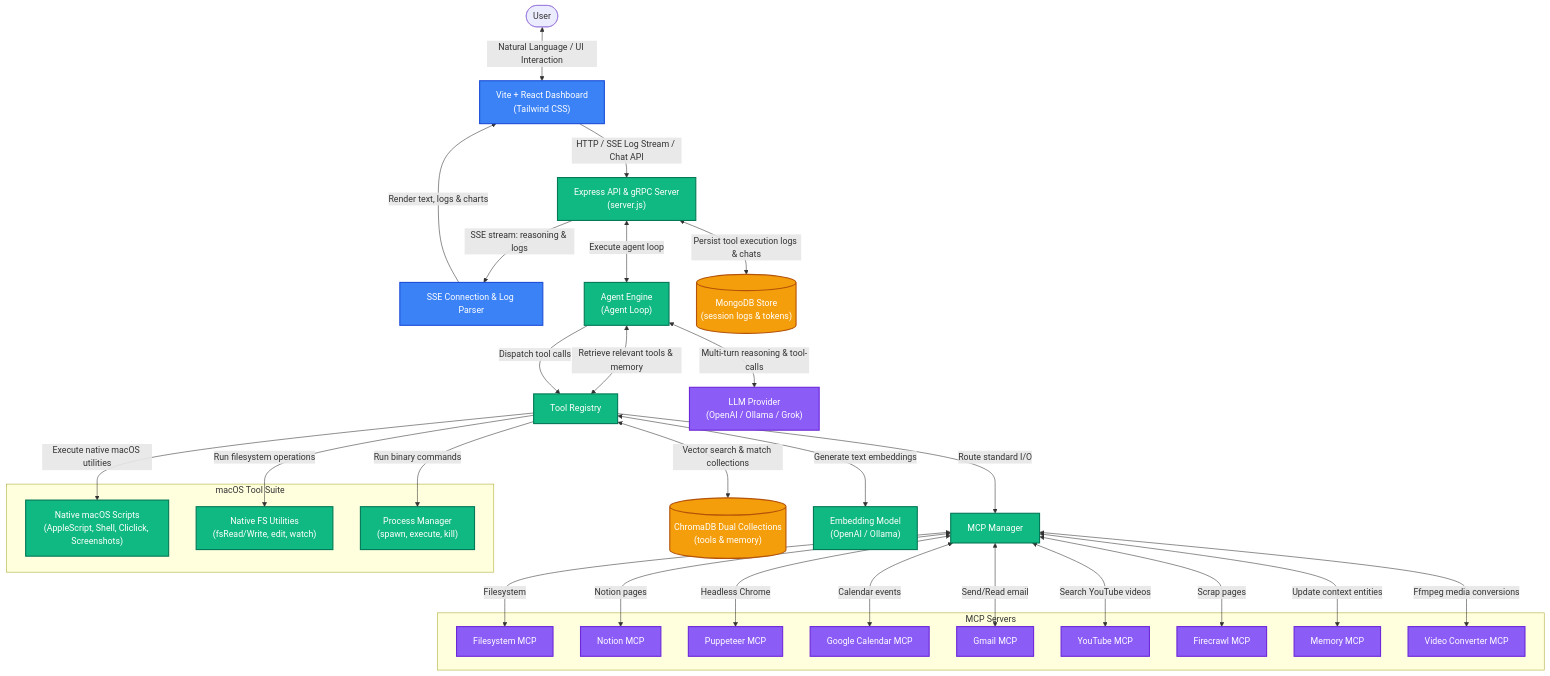
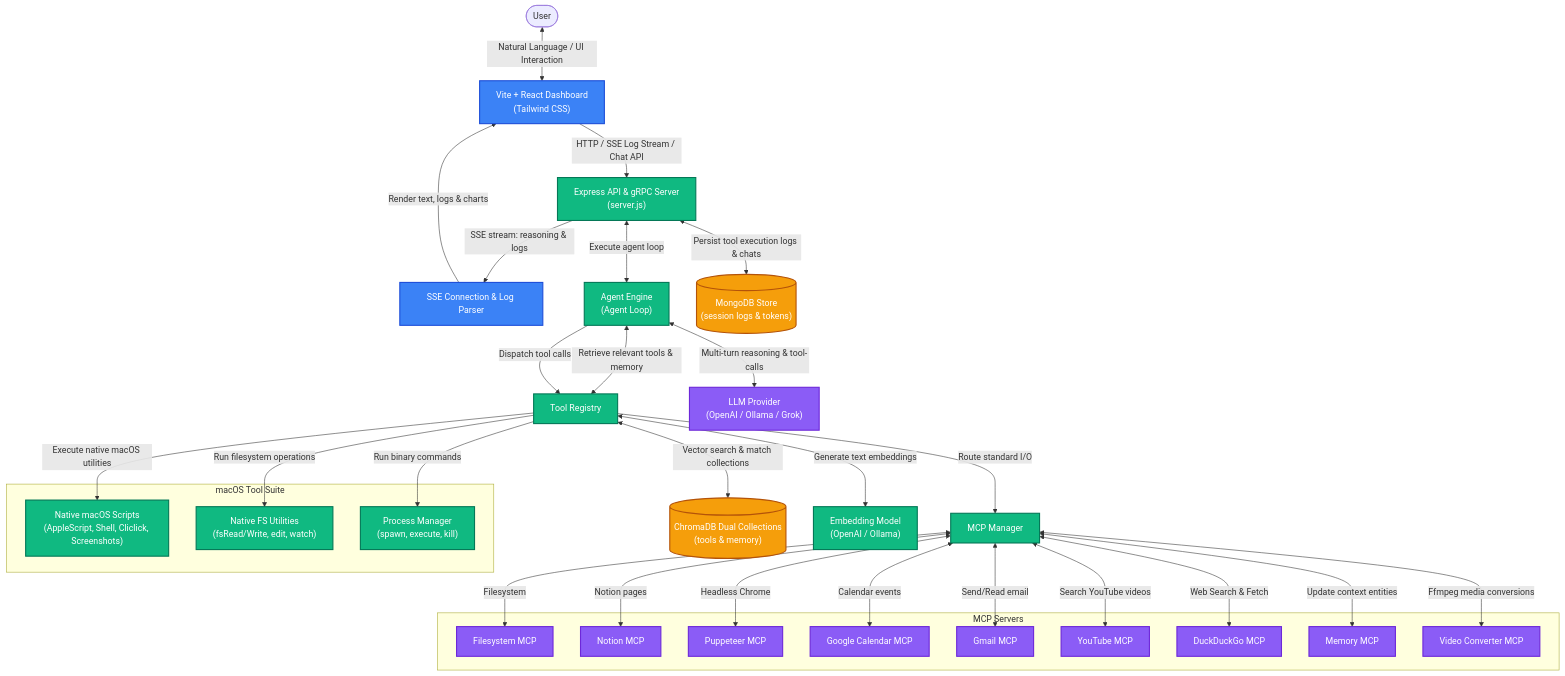
One commit to krishnakanthpathi/PersonalAssistant changed the diagram in README.md. Above: the diagram before and after it, drawn with Mermaid. The commit also changed other lines of this file and 32 other files, not shown here.

````diff
--- a/README.md
+++ b/README.md
@@ -11,72 +11,72 @@
 ```mermaid
 graph TD
     %% Styling
     classDef frontend fill:#3b82f6,stroke:#1d4ed8,stroke-width:2px,color:#fff;
     classDef backend fill:#10b981,stroke:#047857,stroke-width:2px,color:#fff;
     classDef database fill:#f59e0b,stroke:#b45309,stroke-width:2px,color:#fff;
     classDef external fill:#8b5cf6,stroke:#6d28d9,stroke-width:2px,color:#fff;
 
     %% Nodes
     User([User])
     UI["Vite + React Dashboard<br/>(Tailwind CSS)"]:::frontend
     SSE["SSE Connection & Log Parser"]:::frontend
     
     SRV["Express API & gRPC Server<br/>(server.js)"]:::backend
     AGT["Agent Engine<br/>(Agent Loop)"]:::backend
     REG["Tool Registry"]:::backend
     MGR["MCP Manager"]:::backend
     
     C_DB[("ChromaDB Dual Collections<br/>(tools & memory)")]:::database
     M_DB[("MongoDB Store<br/>(session logs & tokens)")]:::database
     EMB["Embedding Model<br/>(OpenAI / Ollama)"]:::backend
     
     LLM["LLM Provider<br/>(OpenAI / Ollama / Grok)"]:::external
     
     subgraph macOS Tool Suite
         T_SYS["Native macOS Scripts<br/>(AppleScript, Shell, Cliclick, Screenshots)"]:::backend
         T_FS["Native FS Utilities<br/>(fsRead/Write, edit, watch)"]:::backend
         T_PROC["Process Manager<br/>(spawn, execute, kill)"]:::backend
     end
     
     subgraph MCP Servers
         M_FS["Filesystem MCP"]:::external
         M_NT["Notion MCP"]:::external
         M_PT["Puppeteer MCP"]:::external
         M_GC["Google Calendar MCP"]:::external
         M_GM["Gmail MCP"]:::external
         M_YT["YouTube MCP"]:::external
-        M_FC["Firecrawl MCP"]:::external
+        M_DDG["DuckDuckGo MCP"]:::external
         M_MEM["Memory MCP"]:::external
         M_VC["Video Converter MCP"]:::external
     end
 
     %% Connections
     User <--> |Natural Language / UI Interaction| UI
     UI --> |HTTP / SSE Log Stream / Chat API| SRV
     SRV --> |SSE stream: reasoning & logs| SSE
     SSE --> |Render text, logs & charts| UI
     
     SRV <--> |Execute agent loop| AGT
     AGT <--> |Retrieve relevant tools & memory| REG
     REG <--> |Vector search & match collections| C_DB
     REG <--> |Generate text embeddings| EMB
     SRV <--> |Persist tool execution logs & chats| M_DB
     
     AGT <--> |Multi-turn reasoning & tool-calls| LLM
     AGT --> |Dispatch tool calls| REG
     
     REG --> |Execute native macOS utilities| T_SYS
     REG --> |Run filesystem operations| T_FS
     REG --> |Run binary commands| T_PROC
     REG --> |Route standard I/O| MGR
     
     MGR <--> |Filesystem| M_FS
     MGR <--> |Notion pages| M_NT
     MGR <--> |Headless Chrome| M_PT
     MGR <--> |Calendar events| M_GC
     MGR <--> |Send/Read email| M_GM
     MGR <--> |Search YouTube videos| M_YT
-    MGR <--> |Scrap pages| M_FC
+    MGR <--> |Web Search & Fetch| M_DDG
     MGR <--> |Update context entities| M_MEM
     MGR <--> |Ffmpeg media conversions| M_VC
 ```
````
